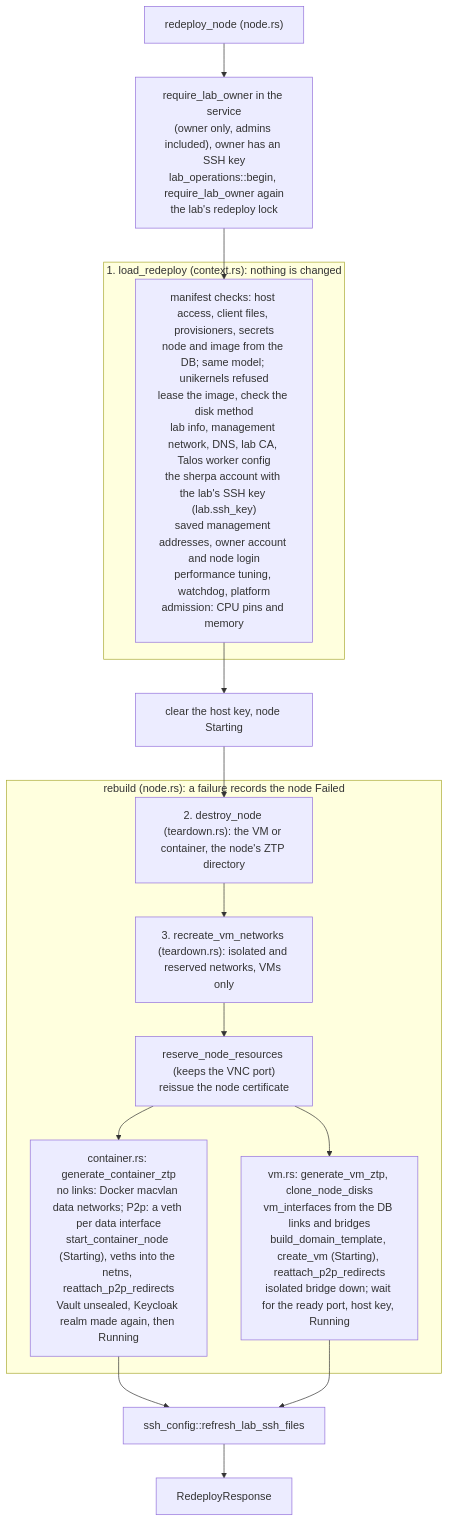
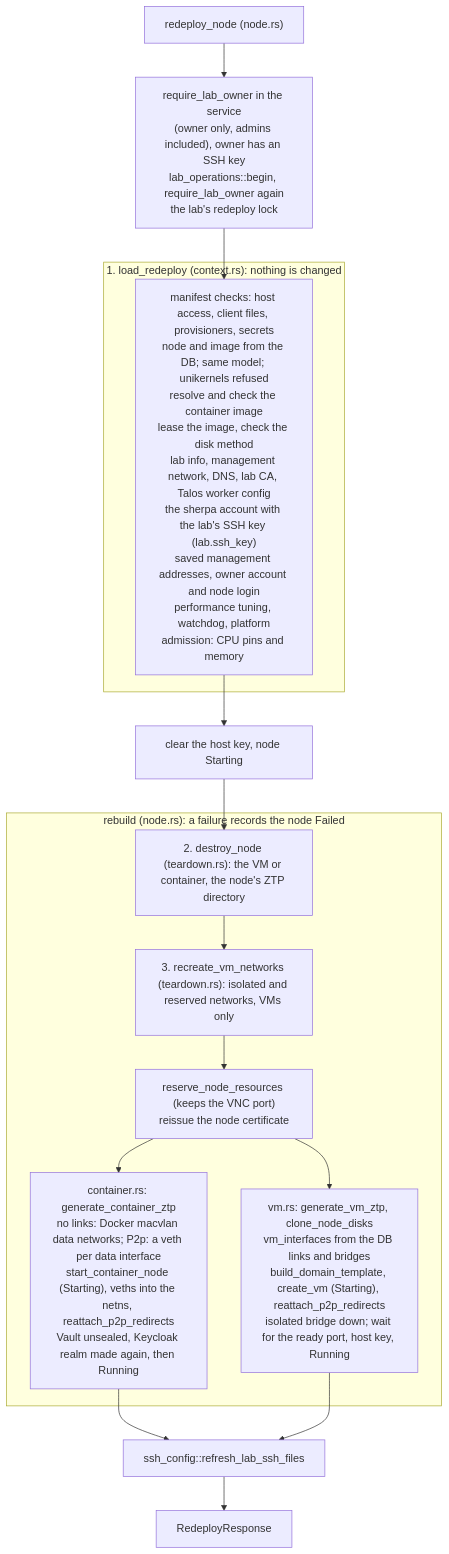
One commit to bwks/sherpa changed diagram 16 of 26 in docs/architecture/SERVER.md. Above: the diagram before and after it, drawn with Mermaid. The commit also changed other lines of this file and 34 other files, not shown here.

````diff
--- a/docs/architecture/SERVER.md
+++ b/docs/architecture/SERVER.md
@@ -809,19 +809,19 @@
 ```mermaid
 flowchart TB
     request["redeploy_node (node.rs)"] --> owner["require_lab_owner in the service<br/>(owner only, admins included), owner has an SSH key<br/>lab_operations::begin, require_lab_owner again<br/>the lab's redeploy lock"]
     owner --> load
     subgraph stage1["1. load_redeploy (context.rs): nothing is changed"]
-        load["manifest checks: host access, client files, provisioners, secrets<br/>node and image from the DB; same model; unikernels refused<br/>lease the image, check the disk method<br/>lab info, management network, DNS, lab CA, Talos worker config<br/>the sherpa account with the lab's SSH key (lab.ssh_key)<br/>saved management addresses, owner account and node login<br/>performance tuning, watchdog, platform<br/>admission: CPU pins and memory"]
+        load["manifest checks: host access, client files, provisioners, secrets<br/>node and image from the DB; same model; unikernels refused<br/>resolve and check the container image<br/>lease the image, check the disk method<br/>lab info, management network, DNS, lab CA, Talos worker config<br/>the sherpa account with the lab's SSH key (lab.ssh_key)<br/>saved management addresses, owner account and node login<br/>performance tuning, watchdog, platform<br/>admission: CPU pins and memory"]
     end
     load --> starting["clear the host key, node Starting"]
     starting --> destroy
     subgraph rebuild["rebuild (node.rs): a failure records the node Failed"]
         destroy["2. destroy_node (teardown.rs): the VM or container, the node's ZTP directory"] --> vmnets["3. recreate_vm_networks (teardown.rs): isolated and reserved networks, VMs only"]
         vmnets --> resources["reserve_node_resources (keeps the VNC port)<br/>reissue the node certificate"]
         resources --> ctr["container.rs: generate_container_ztp<br/>no links: Docker macvlan data networks; P2p: a veth per data interface<br/>start_container_node (Starting), veths into the netns, reattach_p2p_redirects<br/>Vault unsealed, Keycloak realm made again, then Running"]
         resources --> vm["vm.rs: generate_vm_ztp, clone_node_disks<br/>vm_interfaces from the DB links and bridges<br/>build_domain_template, create_vm (Starting), reattach_p2p_redirects<br/>isolated bridge down; wait for the ready port, host key, Running"]
     end
     ctr --> ssh["ssh_config::refresh_lab_ssh_files"]
     vm --> ssh
     ssh --> stream["RedeployResponse"]
 ```
````
